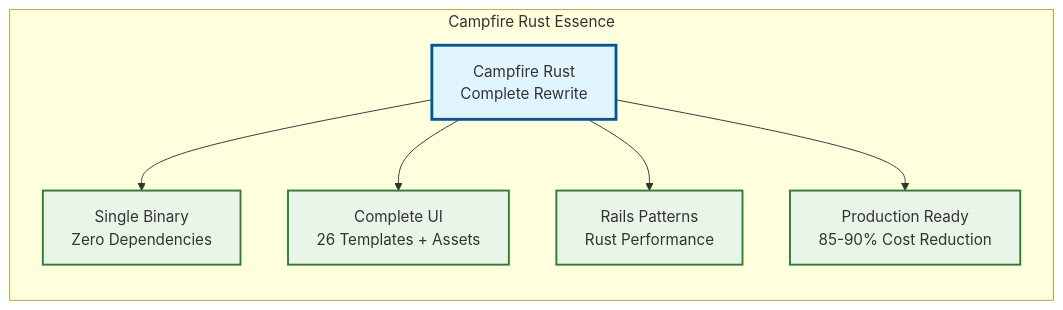
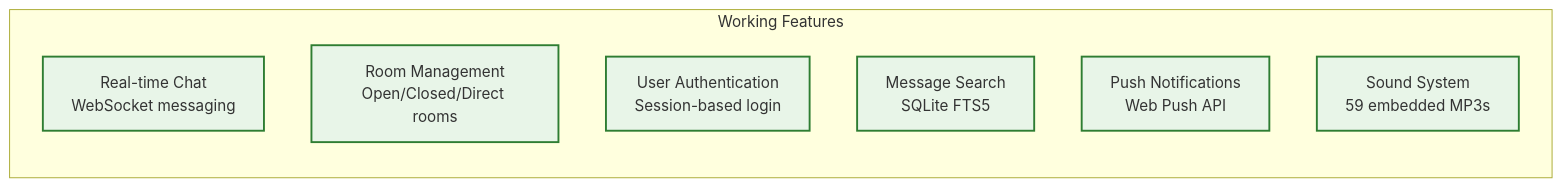
The diagram in README.md (that-in-rust/campfire-on-rust), drawn with Mermaid before and after one commit. The commit also changed other lines of this file and 6 other files, not shown here.

````diff
--- a/README.md
+++ b/README.md
@@ -11,17 +21,15 @@
 ```mermaid
 graph TD
-    subgraph "Campfire Rust Essence"
+    subgraph "Working Features"
         direction TB
-        A[Campfire Rust<br/>Complete Rewrite]
-        A --> B[Single Binary<br/>Zero Dependencies]
-        A --> C[Complete UI<br/>26 Templates + Assets]
-        A --> D[Rails Patterns<br/>Rust Performance]
-        A --> E[Production Ready<br/>85-90% Cost Reduction]
+        A[Real-time Chat<br/>WebSocket messaging]
+        B[Room Management<br/>Open/Closed/Direct rooms]
+        C[User Authentication<br/>Session-based login]
+        D[Message Search<br/>SQLite FTS5]
+        E[Push Notifications<br/>Web Push API]
+        F[Sound System<br/>59 embedded MP3s]
     end
     
-    classDef essence fill:#e1f5fe,stroke:#01579b,stroke-width:3px
-    classDef benefit fill:#e8f5e8,stroke:#2e7d32,stroke-width:2px
-    
-    class A essence
-    class B,C,D,E benefit
+    classDef working fill:#e8f5e8,stroke:#2e7d32,stroke-width:2px
+    class A,B,C,D,E,F working
 ```
````
